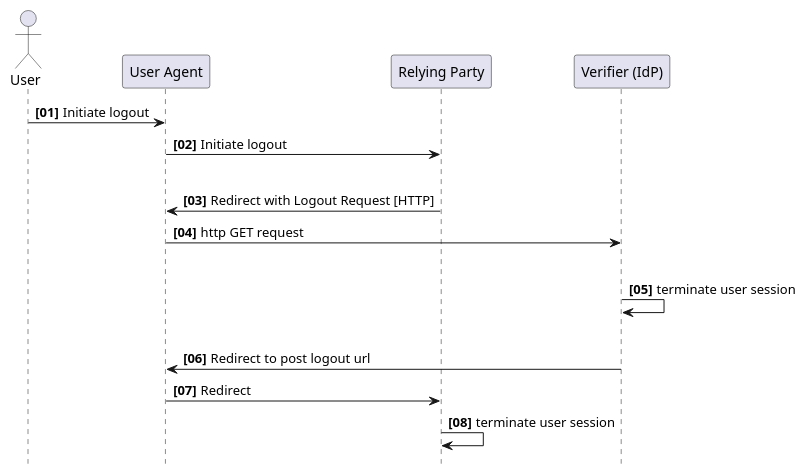
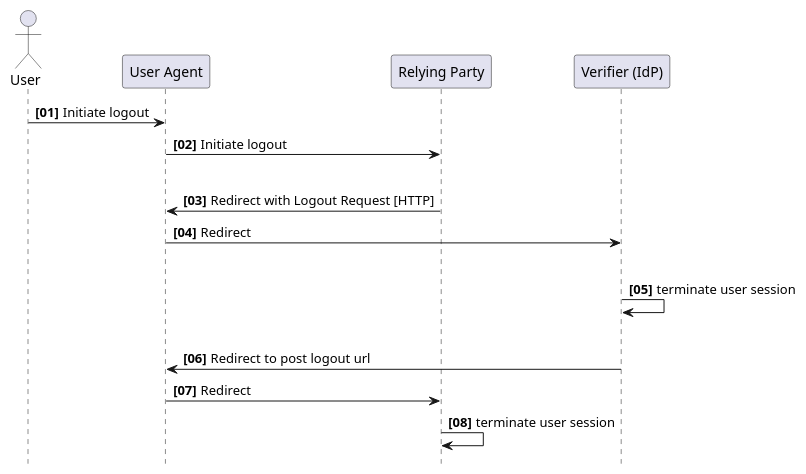
Before and after one commit to ehealthsuisse/ch-epr-fhir: the diagram in input/images-source/OpenID-Logout.plantuml, drawn with PlantUML.

```diff
--- a/input/images-source/OpenID-Logout.plantuml
+++ b/input/images-source/OpenID-Logout.plantuml
@@ -1,31 +1,31 @@
 @startuml
 skinparam responseMessageBelowArrow true
 hide footbox
 
 actor User 
 participant "User Agent" as UI
 participant "Relying Party" as RP
 participant "Verifier (IdP)" as IdP
 
 autonumber 1 1 "<b>[00]"
 
 User -> UI: Initiate logout
 UI -> RP: Initiate logout
 
 |||
 
 RP -> UI: Redirect with Logout Request [HTTP]
-UI -> IdP: http GET request 
+UI -> IdP: Redirect
 
 |||
 IdP -> IdP: terminate user session
 |||
 
 IdP -> UI: Redirect to post logout url
 UI -> RP: Redirect
 
 RP -> RP: terminate user session
 
 autonumber stop
 
 @enduml
```
